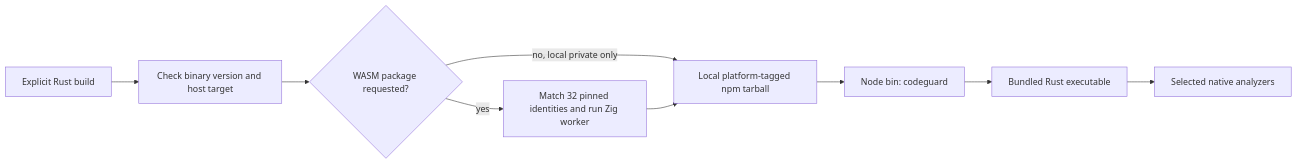
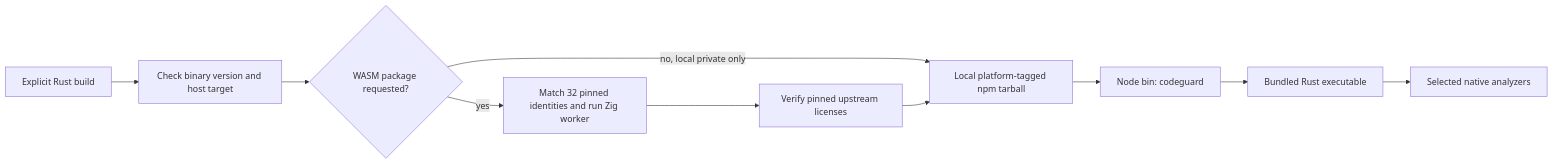
Diagram 12 of 12 in docs/Codeguard-Architecture.md (full-stack-plugins/codeguard), drawn with Mermaid before and after one commit. The commit also changed other lines of this file and 7 other files, not shown here.

````diff
--- a/docs/Codeguard-Architecture.md
+++ b/docs/Codeguard-Architecture.md
@@ -479,11 +479,12 @@
 ```mermaid
 flowchart LR
     Build[Explicit Rust build] --> Verify[Check binary version and host target]
     Verify --> Wasm{WASM package requested?}
     Wasm -->|yes| Probe[Match 32 pinned identities and run Zig worker]
     Wasm -->|no, local private only| Pack[Local platform-tagged npm tarball]
-    Probe --> Pack
+    Probe --> Licenses[Verify pinned upstream licenses]
+    Licenses --> Pack
     Pack --> Node[Node bin: codeguard]
     Node --> Rust[Bundled Rust executable]
     Rust --> Native[Selected native analyzers]
 ```
````
